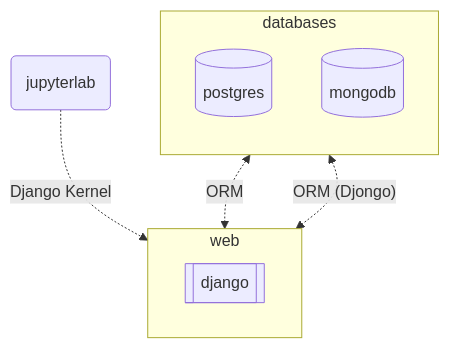
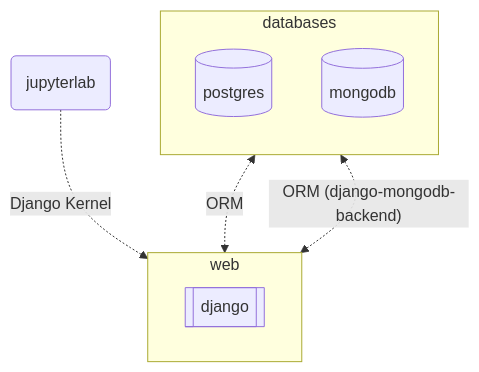
The second of 2 diagrams in README.md (karevin07/django-multiple-db-postgresql-mongodb), drawn with Mermaid before and after one commit. The commit also changed other lines of this file and 1 other file, not shown here.

````diff
--- a/README.md
+++ b/README.md
@@ -113,21 +117,21 @@
 ```mermaid
 flowchart
     dev("jupyterlab")
     django[["django"]]
     db1[("postgres")]
     db2[("mongodb")]
 
     subgraph databases
         direction TB
         db1
         db2
     end
 
     subgraph web
         django
     end
 
     db1 <-.->|"ORM"|web
-    db2 <-.->|"ORM (Djongo)"|web
+    db2 <-.->|"ORM (django-mongodb-backend)"|web
     dev -.->|"Django Kernel"|web
 ```
````
